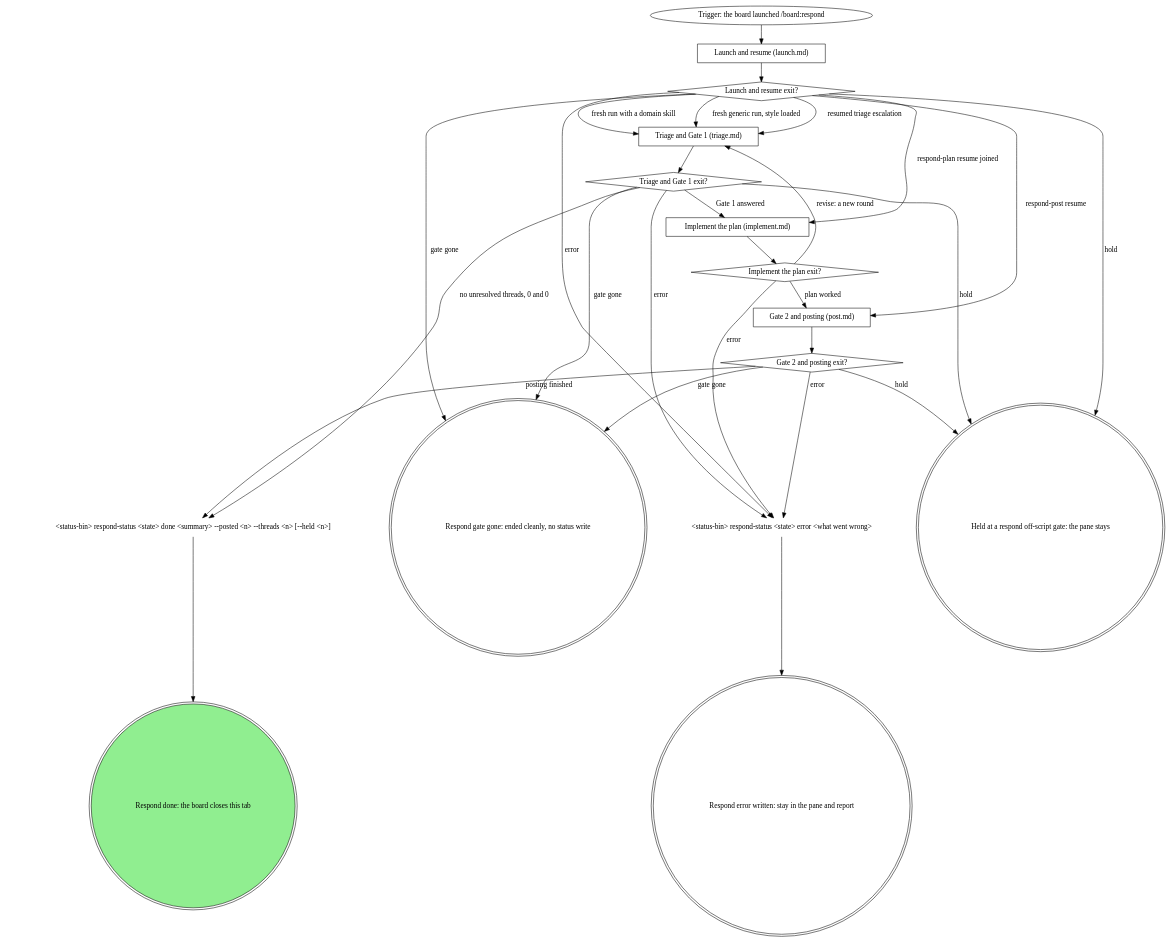
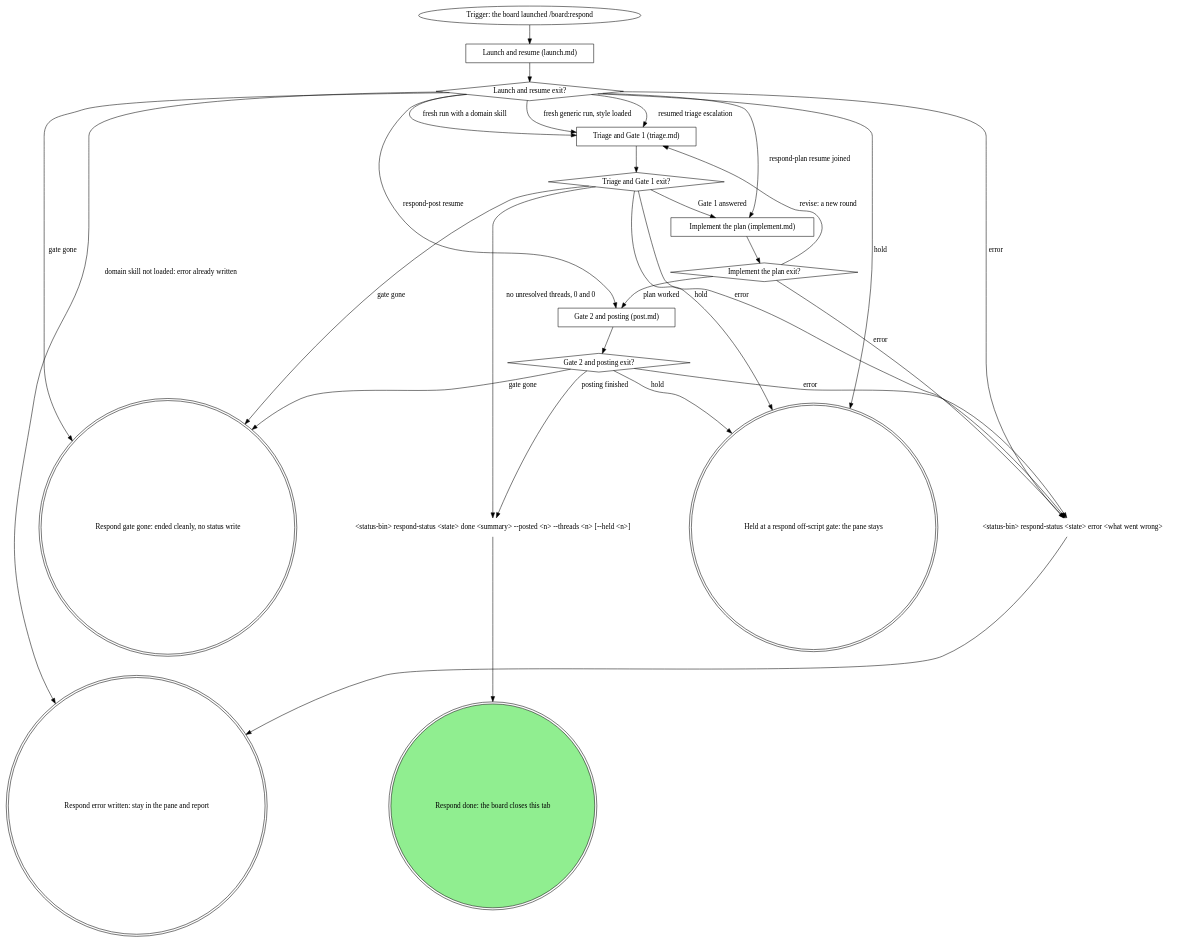
One commit to m4ttstack/mattstack changed the first of 2 diagrams in apps/board/skills-src/respond/SKILL.md. Above: the diagram before and after it, drawn with Graphviz. The commit also changed other lines of this file and 9 other files, not shown here.

First line of the commit message:
board: a wrapper whose --skill does not load writes error and ends

````diff
--- a/apps/board/skills-src/respond/SKILL.md
+++ b/apps/board/skills-src/respond/SKILL.md
@@ -62,49 +62,50 @@
 ```dot
 digraph respond_map {
     rankdir=TB;
 
     "Trigger: the board launched /board:respond" [shape=ellipse];
     "Launch and resume (launch.md)" [shape=box];
     "Launch and resume exit?" [shape=diamond];
     "Triage and Gate 1 (triage.md)" [shape=box];
     "Triage and Gate 1 exit?" [shape=diamond];
     "Implement the plan (implement.md)" [shape=box];
     "Implement the plan exit?" [shape=diamond];
     "Gate 2 and posting (post.md)" [shape=box];
     "Gate 2 and posting exit?" [shape=diamond];
     "<status-bin> respond-status <state> done <summary> --posted <n> --threads <n> [--held <n>]" [shape=plaintext];
     "<status-bin> respond-status <state> error <what went wrong>" [shape=plaintext];
     "Respond error written: stay in the pane and report" [shape=doublecircle];
     "Respond gate gone: ended cleanly, no status write" [shape=doublecircle];
     "Held at a respond off-script gate: the pane stays" [shape=doublecircle];
     "Respond done: the board closes this tab" [shape=doublecircle style=filled fillcolor=lightgreen];
 
     "Trigger: the board launched /board:respond" -> "Launch and resume (launch.md)";
     "Launch and resume (launch.md)" -> "Launch and resume exit?";
     "Launch and resume exit?" -> "Triage and Gate 1 (triage.md)" [label="fresh run with a domain skill"];
     "Launch and resume exit?" -> "Triage and Gate 1 (triage.md)" [label="fresh generic run, style loaded"];
     "Launch and resume exit?" -> "Implement the plan (implement.md)" [label="respond-plan resume joined"];
     "Launch and resume exit?" -> "Gate 2 and posting (post.md)" [label="respond-post resume"];
     "Launch and resume exit?" -> "Triage and Gate 1 (triage.md)" [label="resumed triage escalation"];
     "Launch and resume exit?" -> "Respond gate gone: ended cleanly, no status write" [label="gate gone"];
     "Launch and resume exit?" -> "<status-bin> respond-status <state> error <what went wrong>" [label="error"];
+    "Launch and resume exit?" -> "Respond error written: stay in the pane and report" [label="domain skill not loaded: error already written"];
     "Launch and resume exit?" -> "Held at a respond off-script gate: the pane stays" [label="hold"];
     "Triage and Gate 1 (triage.md)" -> "Triage and Gate 1 exit?";
     "Triage and Gate 1 exit?" -> "Implement the plan (implement.md)" [label="Gate 1 answered"];
     "Triage and Gate 1 exit?" -> "<status-bin> respond-status <state> done <summary> --posted <n> --threads <n> [--held <n>]" [label="no unresolved threads, 0 and 0"];
     "Triage and Gate 1 exit?" -> "<status-bin> respond-status <state> error <what went wrong>" [label="error"];
     "Triage and Gate 1 exit?" -> "Respond gate gone: ended cleanly, no status write" [label="gate gone"];
     "Triage and Gate 1 exit?" -> "Held at a respond off-script gate: the pane stays" [label="hold"];
     "Implement the plan (implement.md)" -> "Implement the plan exit?";
     "Implement the plan exit?" -> "Gate 2 and posting (post.md)" [label="plan worked"];
     "Implement the plan exit?" -> "Triage and Gate 1 (triage.md)" [label="revise: a new round"];
     "Implement the plan exit?" -> "<status-bin> respond-status <state> error <what went wrong>" [label="error"];
     "Gate 2 and posting (post.md)" -> "Gate 2 and posting exit?";
     "Gate 2 and posting exit?" -> "<status-bin> respond-status <state> done <summary> --posted <n> --threads <n> [--held <n>]" [label="posting finished"];
     "Gate 2 and posting exit?" -> "<status-bin> respond-status <state> error <what went wrong>" [label="error"];
     "Gate 2 and posting exit?" -> "Respond gate gone: ended cleanly, no status write" [label="gate gone"];
     "Gate 2 and posting exit?" -> "Held at a respond off-script gate: the pane stays" [label="hold"];
     "<status-bin> respond-status <state> done <summary> --posted <n> --threads <n> [--held <n>]" -> "Respond done: the board closes this tab";
     "<status-bin> respond-status <state> error <what went wrong>" -> "Respond error written: stay in the pane and report";
 }
 ```
````
